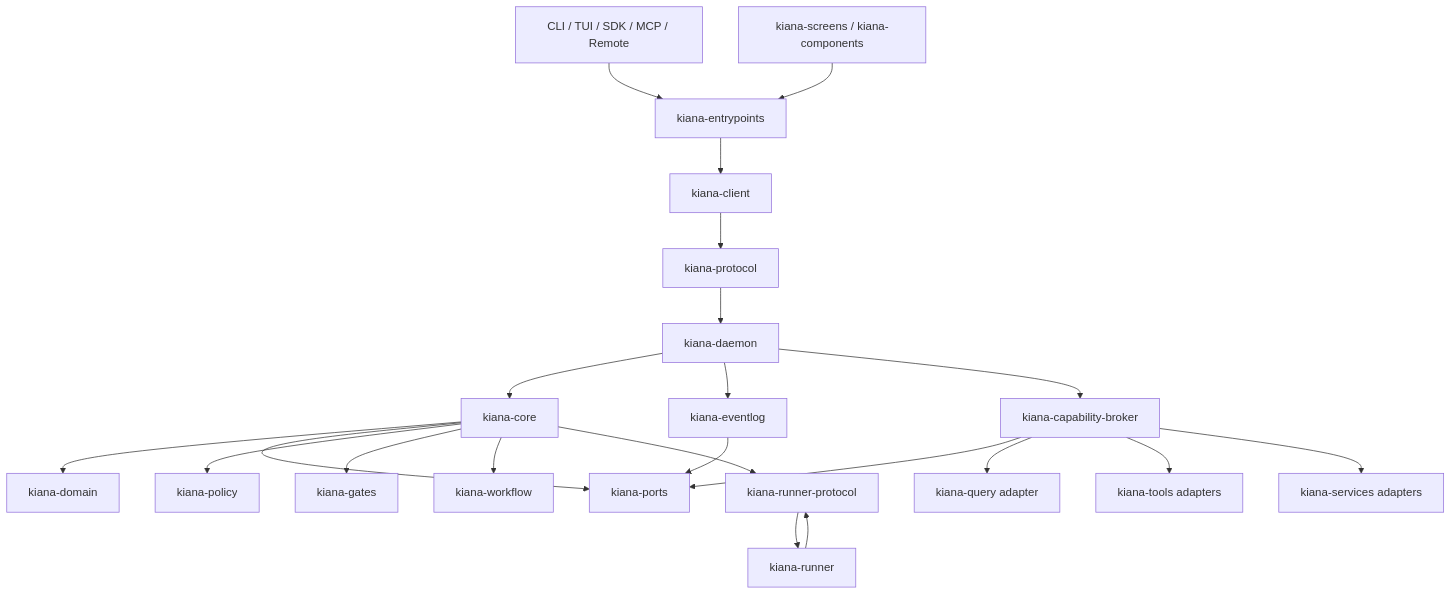
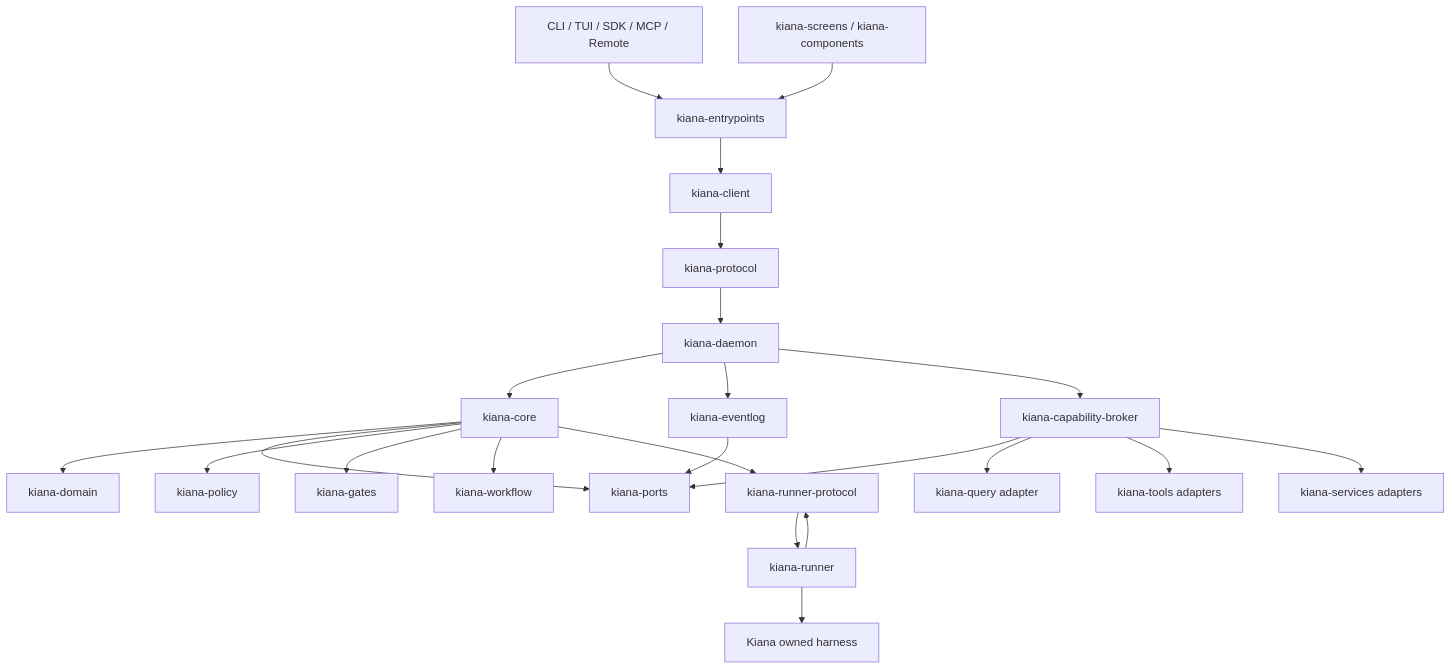
One commit to shirosoralumie648/kianacode changed the diagram in README.md. Above: the diagram before and after it, drawn with Mermaid. The commit also changed other lines of this file and 32 other files, not shown here.

First line of the commit message:
feat(harness): land owned KianaHarness as the product run loop

````diff
--- a/README.md
+++ b/README.md
@@ -9,29 +9,30 @@
 ```mermaid
 flowchart TD
   USER[CLI / TUI / SDK / MCP / Remote] --> ENTRY[kiana-entrypoints]
   ENTRY --> CLIENT[kiana-client]
   CLIENT --> PROTOCOL[kiana-protocol]
   PROTOCOL --> DAEMON[kiana-daemon]
 
   DAEMON --> CORE[kiana-core]
   CORE --> DOMAIN[kiana-domain]
   CORE --> PORTS[kiana-ports]
   CORE --> POLICY[kiana-policy]
   CORE --> GATES[kiana-gates]
   CORE --> WORKFLOW[kiana-workflow]
 
   DAEMON --> EVENTLOG[kiana-eventlog]
   DAEMON --> BROKER[kiana-capability-broker]
   EVENTLOG --> PORTS
   BROKER --> PORTS
 
   BROKER --> QUERY[kiana-query adapter]
   BROKER --> TOOLS[kiana-tools adapters]
   BROKER --> SERVICES[kiana-services adapters]
 
   CORE --> RP[kiana-runner-protocol]
   RP --> RUNNER[kiana-runner]
+  RUNNER --> HARNESS[Kiana owned harness]
   RUNNER --> RP
 
   UI[kiana-screens / kiana-components] --> ENTRY
 ```
````
